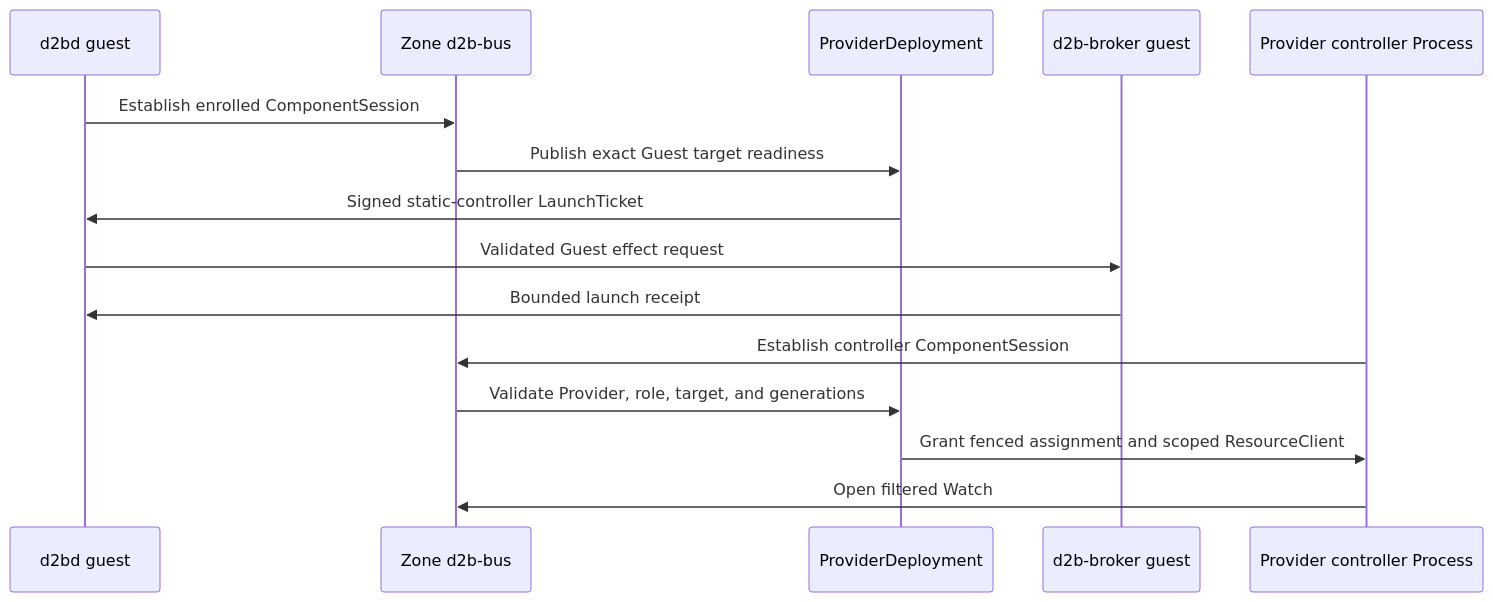
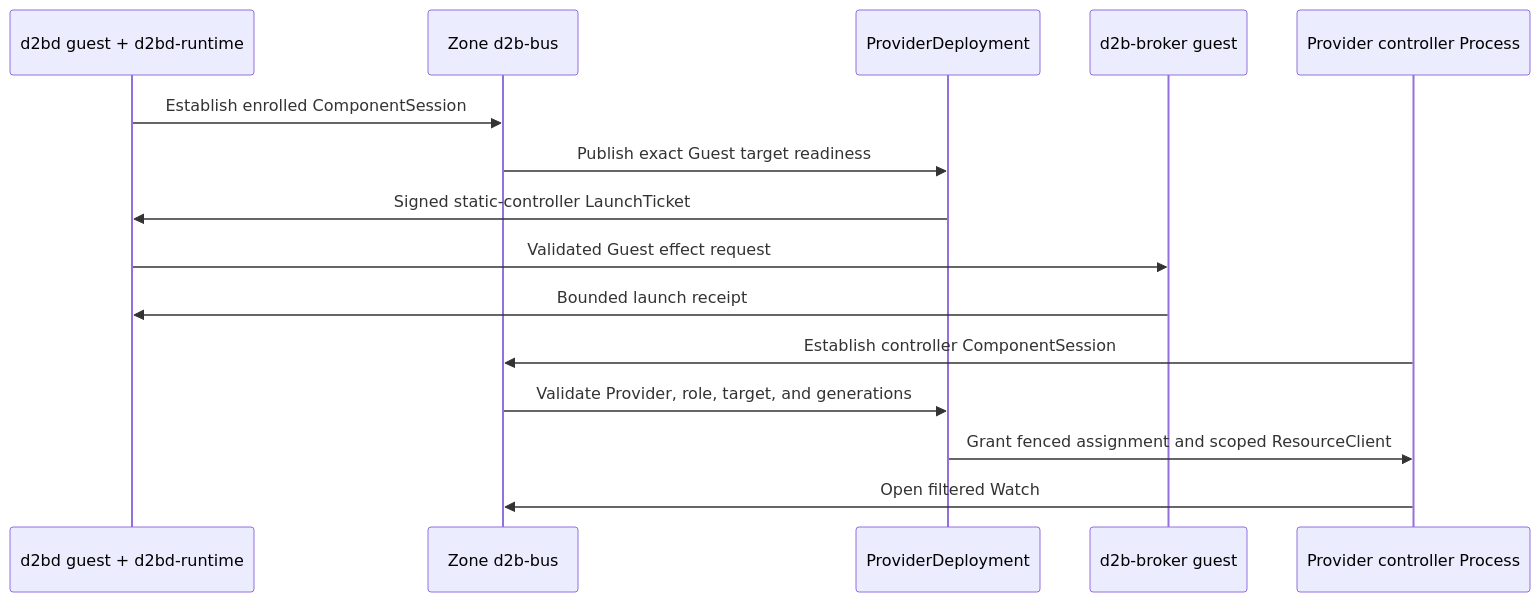
One commit to vicondoa/d2b changed the third of 5 diagrams in docs/plans/2026-08-19-002-refactor-v3-guest-control-plane-plan.md. Above: the diagram before and after it, drawn with Mermaid. The commit also changed other lines of this file, not shown here.

First line of the commit message:
docs: reconcile guest control plan ownership

````diff
--- a/docs/plans/2026-08-19-002-refactor-v3-guest-control-plane-plan.md
+++ b/docs/plans/2026-08-19-002-refactor-v3-guest-control-plane-plan.md
@@ -408,18 +426,18 @@
 ```mermaid
 sequenceDiagram
-  participant Guest as d2bd guest
+  participant Guest as d2bd guest + d2bd-runtime
   participant Bus as Zone d2b-bus
   participant Core as ProviderDeployment
   participant Broker as d2b-broker guest
   participant Controller as Provider controller Process
 
   Guest->>Bus: Establish enrolled ComponentSession
   Bus->>Core: Publish exact Guest target readiness
   Core->>Guest: Signed static-controller LaunchTicket
   Guest->>Broker: Validated Guest effect request
   Broker->>Guest: Bounded launch receipt
   Controller->>Bus: Establish controller ComponentSession
   Bus->>Core: Validate Provider, role, target, and generations
   Core->>Controller: Grant fenced assignment and scoped ResourceClient
   Controller->>Bus: Open filtered Watch
 ```
````
